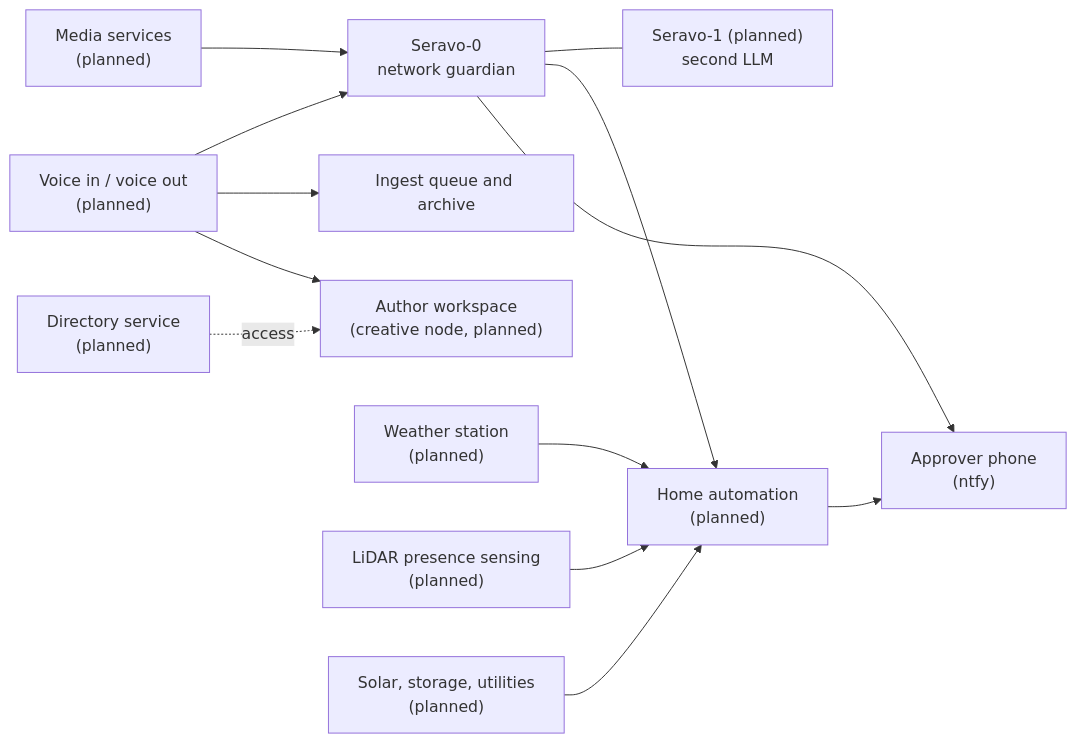
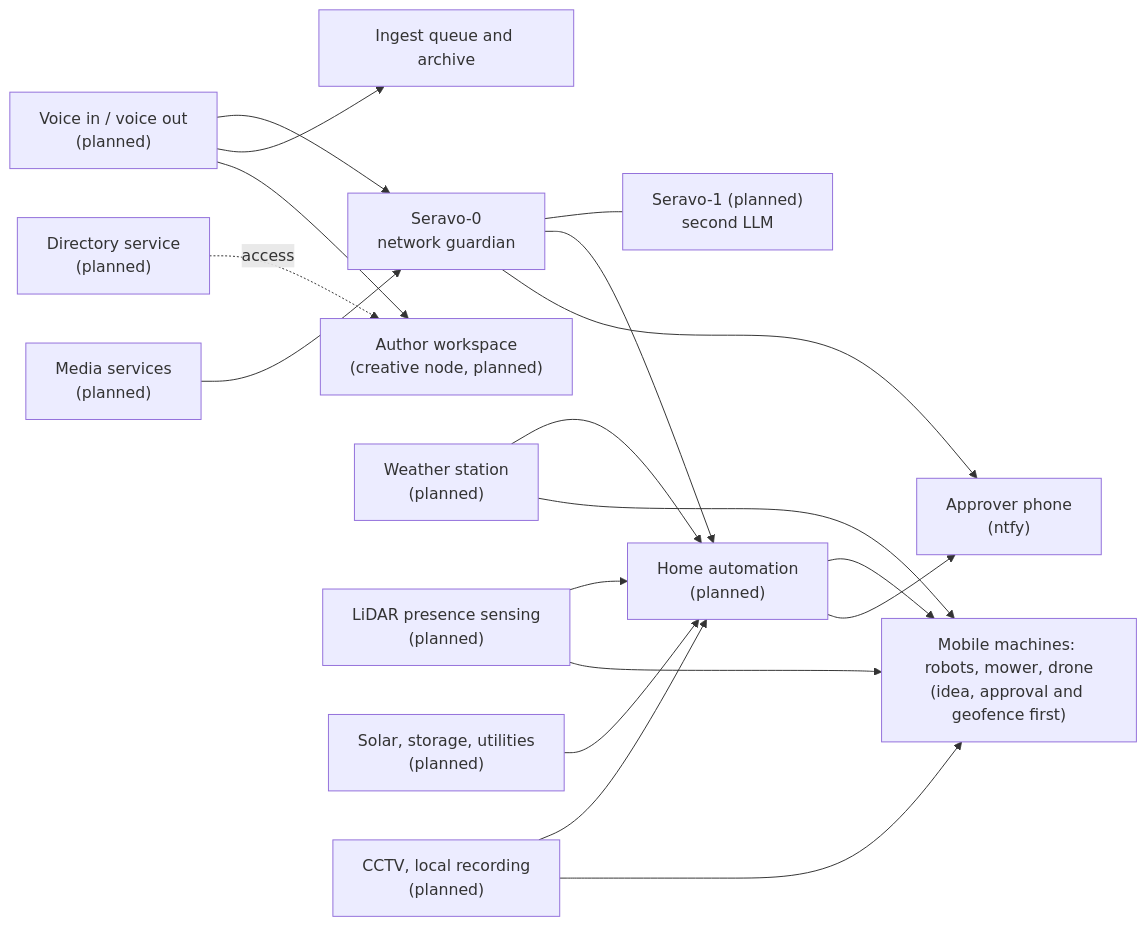
The first of 2 diagrams in docs/future-integrations.md (cpyeoman-crypto/project-25-26-seravo-0-sapor), drawn with Mermaid before and after one commit. The commit also changed other lines of this file and 1 other file, not shown here.

Commit message:
Add physical security, geofencing and mobile machines to future integrations

````diff
--- a/docs/future-integrations.md
+++ b/docs/future-integrations.md
@@ -15,15 +15,20 @@
 ```mermaid
 flowchart LR
     S0["Seravo-0<br/>network guardian"] --- S1["Seravo-1 (planned)<br/>second LLM"]
     Voice["Voice in / voice out<br/>(planned)"] --> S0
     Voice --> Ingest["Ingest queue and archive"]
     Voice --> Author["Author workspace<br/>(creative node, planned)"]
     Dir["Directory service<br/>(planned)"] -. access .-> Author
     S0 --> HA["Home automation<br/>(planned)"]
     Media["Media services<br/>(planned)"] --> S0
     Weather["Weather station<br/>(planned)"] --> HA
     Lidar["LiDAR presence sensing<br/>(planned)"] --> HA
     Solar["Solar, storage, utilities<br/>(planned)"] --> HA
+    Cctv["CCTV, local recording<br/>(planned)"] --> HA
+    HA --> Mobile["Mobile machines: robots, mower, drone<br/>(idea, approval and geofence first)"]
+    Lidar --> Mobile
+    Cctv --> Mobile
+    Weather --> Mobile
     HA --> Phone["Approver phone<br/>(ntfy)"]
     S0 --> Phone
 ```
````
